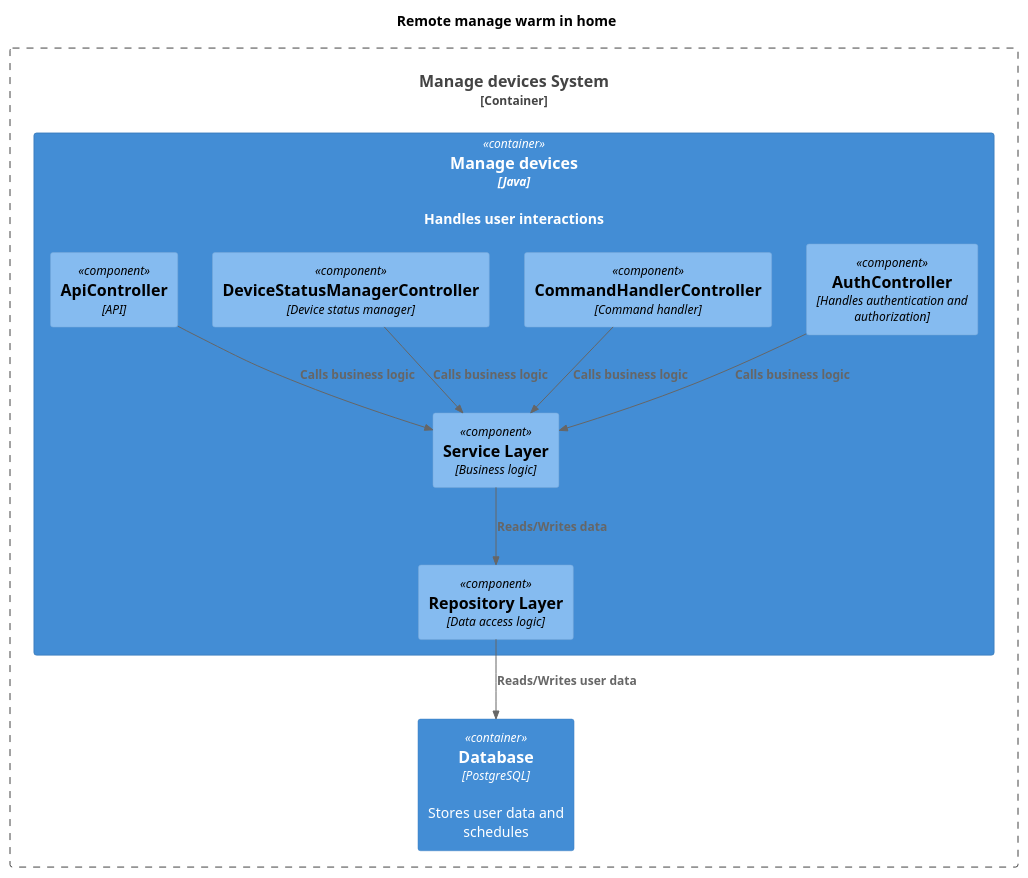
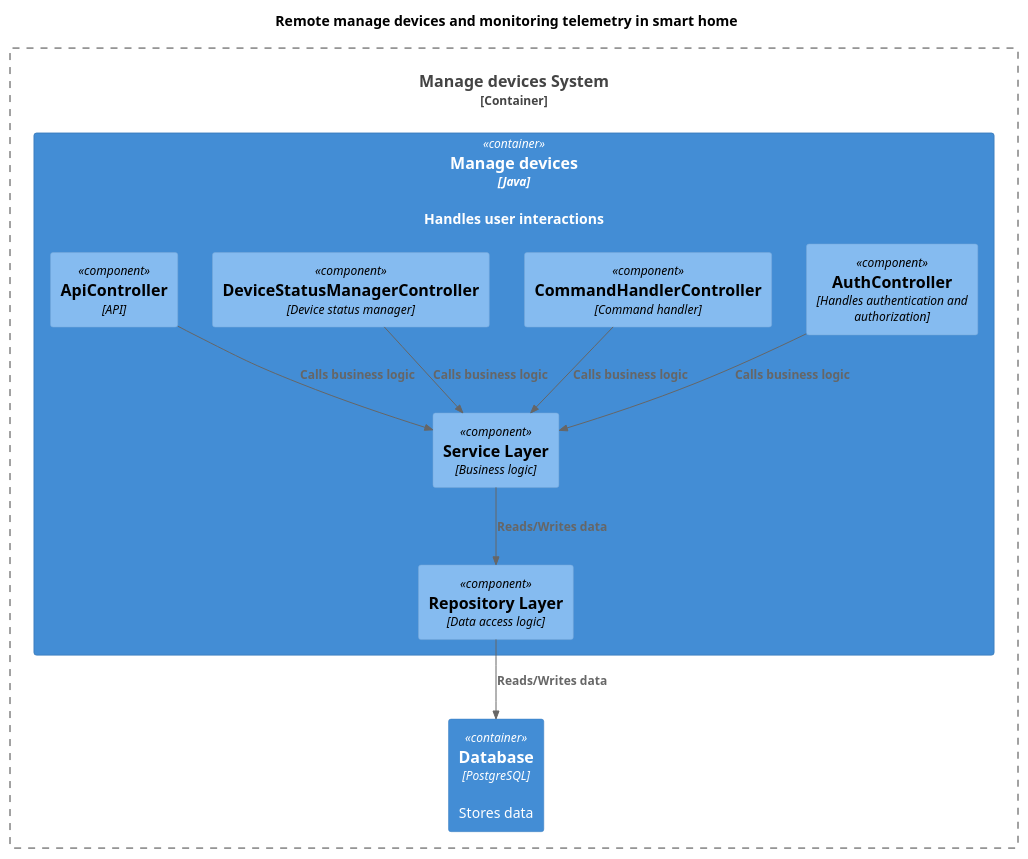
Before and after one commit to sdfasdfasfasf/architecture-sprint-3: the diagram in Sprint3_Task_1_2_3_4/src/1-2_Component.puml, drawn with PlantUML. The commit also changed 4 other files, not shown here.

```diff
--- a/Sprint3_Task_1_2_3_4/src/1-2_Component.puml
+++ b/Sprint3_Task_1_2_3_4/src/1-2_Component.puml
@@ -1,28 +1,28 @@
 @startuml
-title Remote manage warm in home
+title Remote manage devices and monitoring telemetry in smart home
 
 top to bottom direction
 
 !includeurl https://raw.githubusercontent.com/RicardoNiepel/C4-PlantUML/master/C4_Component.puml
 
 Container_Boundary(FitLifeSystem, "Manage devices System") {
   Container(App, "Manage devices", "Java", "Handles user interactions")
-  Container(Database, "Database", "PostgreSQL", "Stores user data and schedules")
+  Container(Database, "Database", "PostgreSQL", "Stores data")
 }
 
 Container(App, "Web Application", "Java, Spring") {
   Component(AuthController, "AuthController", "Handles authentication and authorization")
   Component(CommandHandlerController, "CommandHandlerController", "Command handler")
   Component(DeviceStatusManagerController, "DeviceStatusManagerController", "Device status manager")
   Component(ApiController, "ApiController", "API")
   Component(ServiceLayer, "Service Layer", "Business logic")
   Component(RepositoryLayer, "Repository Layer", "Data access logic")
 }
 
 Rel(AuthController,ServiceLayer,"Calls business logic")
 Rel(CommandHandlerController,ServiceLayer,"Calls business logic")
 Rel(DeviceStatusManagerController,ServiceLayer,"Calls business logic")
 Rel(ApiController,ServiceLayer,"Calls business logic")
 Rel(ServiceLayer,RepositoryLayer,"Reads/Writes data")
-Rel(RepositoryLayer,Database,"Reads/Writes user data")
+Rel(RepositoryLayer,Database,"Reads/Writes data")
 @enduml
```
